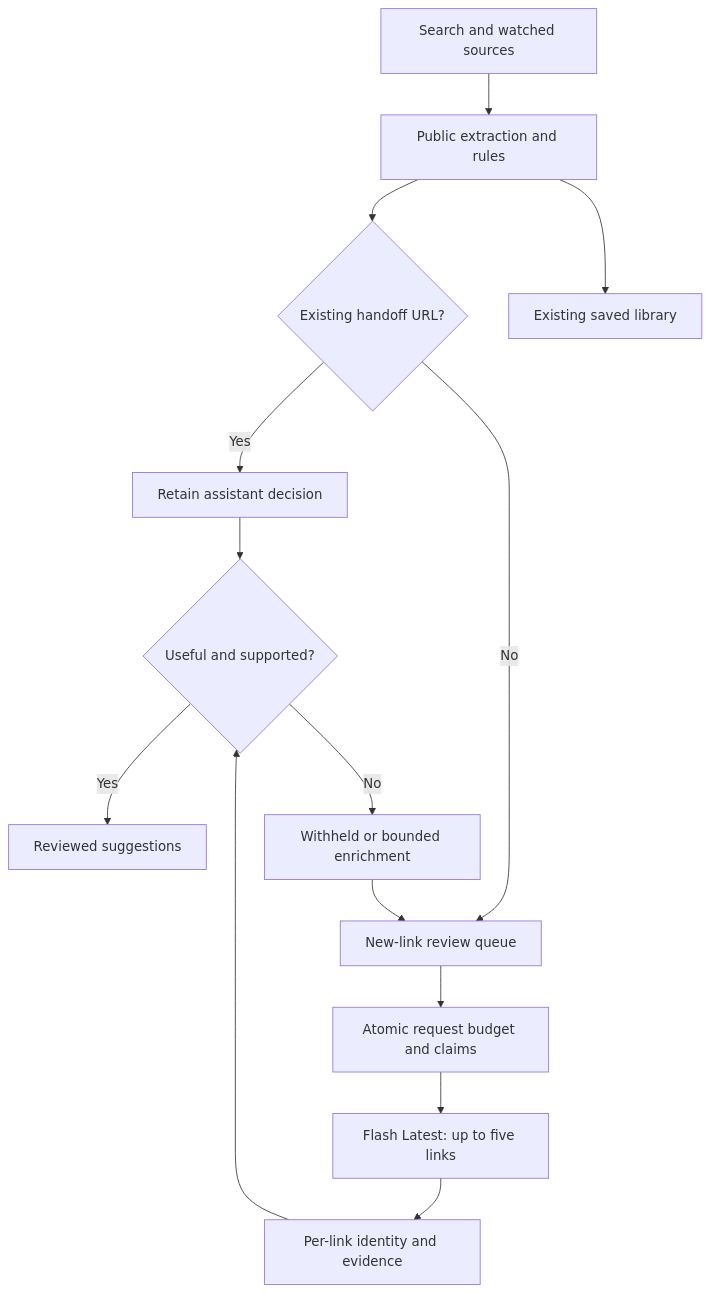
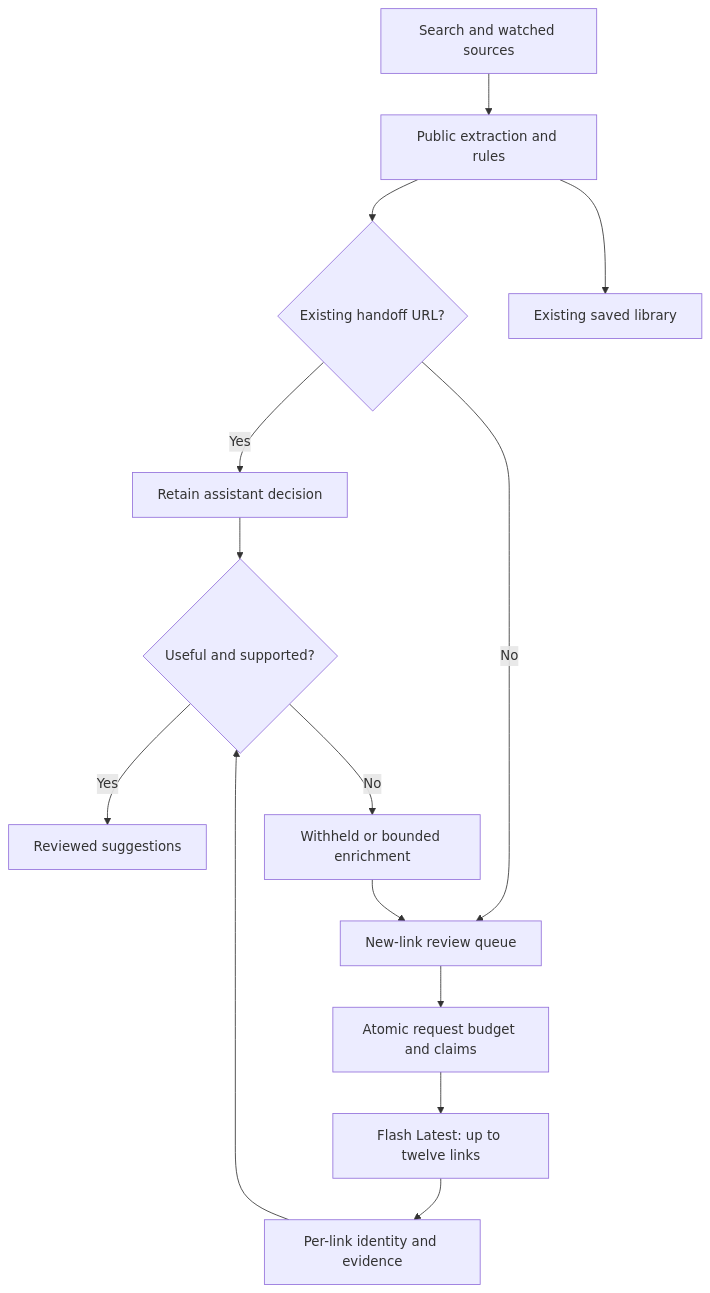
One commit to Idoheled/StackSignal changed the diagram in docs/GEMINI_EVALUATION.md. Above: the diagram before and after it, drawn with Mermaid. The commit also changed other lines of this file and 14 other files, not shown here.

````diff
--- a/docs/GEMINI_EVALUATION.md
+++ b/docs/GEMINI_EVALUATION.md
@@ -75,16 +75,16 @@
 ```mermaid
 flowchart TD
   Sources["Search and watched sources"] --> Capture["Public extraction and rules"]
   Capture --> Existing{"Existing handoff URL?"}
   Existing -->|Yes| Retain["Retain assistant decision"]
   Existing -->|No| Queue["New-link review queue"]
   Queue --> Reserve["Atomic request budget and claims"]
-  Reserve --> Batch["Flash Latest: up to five links"]
+  Reserve --> Batch["Flash Latest: up to twelve links"]
   Batch --> Validate["Per-link identity and evidence"]
   Validate --> Admission{"Useful and supported?"}
   Admission -->|Yes| Feed["Reviewed suggestions"]
   Retain --> Admission
   Admission -->|No| Hold["Withheld or bounded enrichment"]
   Hold --> Queue
   Capture --> Library["Existing saved library"]
 ```
````
